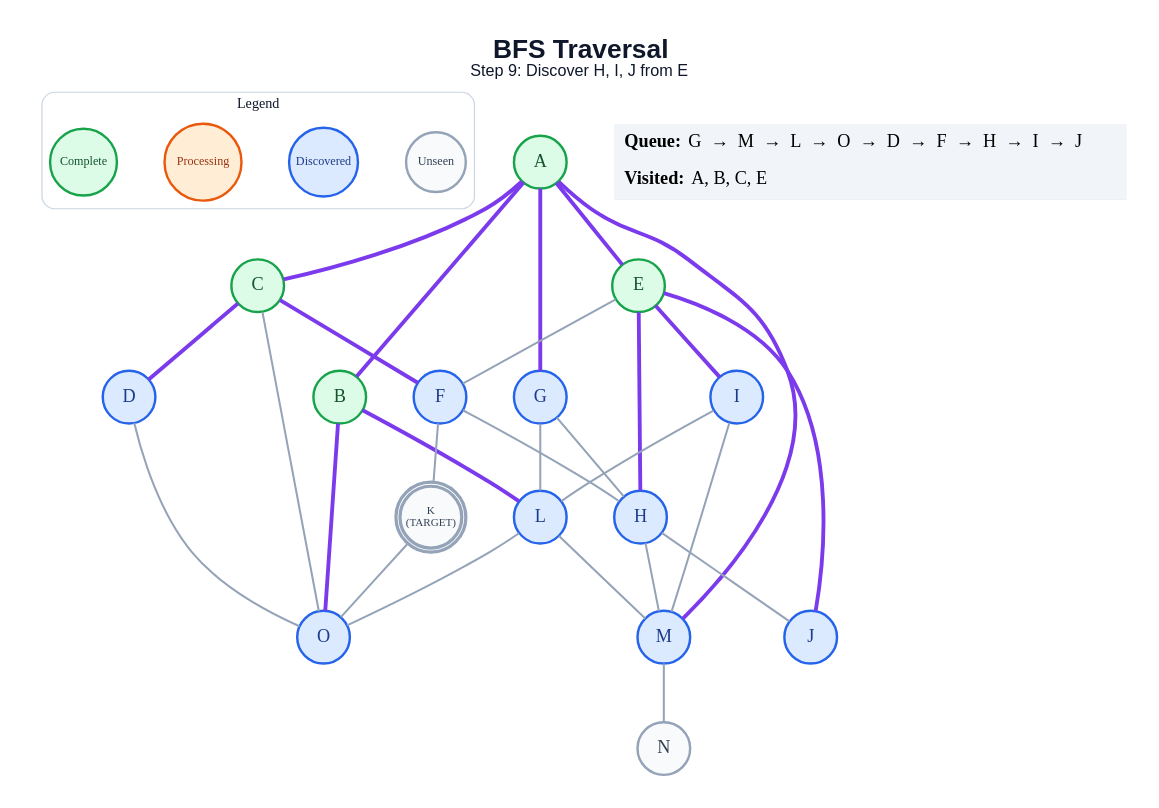
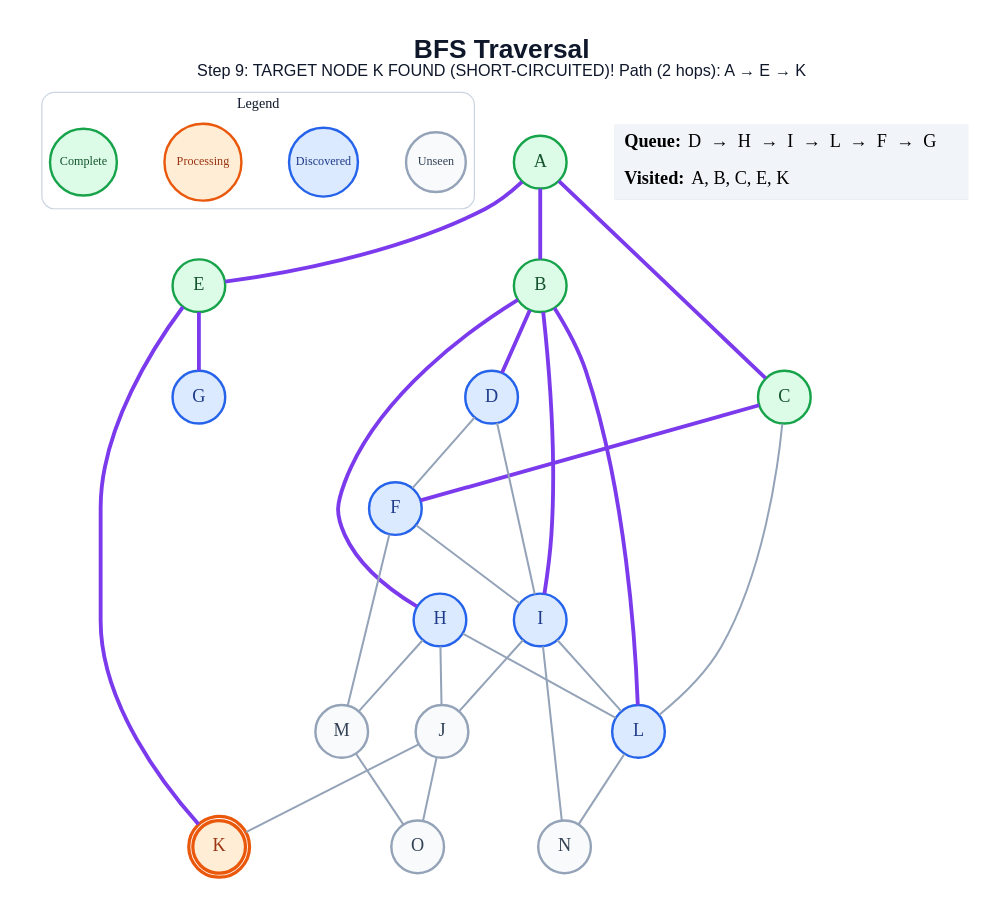
Before and after one commit to anon7238593-create/ai-slop: the diagram in generated/short-circuit/bfs/step_09.dot, drawn with Graphviz. The commit also changed 277 other files, not shown here.

```diff
--- a/generated/short-circuit/bfs/step_09.dot
+++ b/generated/short-circuit/bfs/step_09.dot
@@ -1,61 +1,59 @@
 graph traversal {
   graph [layout=dot, rankdir=TB, bgcolor="#FFFFFF", pad="0.35", nodesep="0.65", ranksep="0.8", fontname="Arial"];
   node [shape=circle, style="filled", fontname="Arial Bold", fontsize=18, width=0.72, fixedsize=true, penwidth=2.4];
   edge [color="#94A3B8", penwidth=2.0];
-  label=<<B>BFS Traversal</B><BR/><FONT POINT-SIZE="16">Step 9: Discover H, I, J from E</FONT>>; labelloc="t"; fontsize=26; fontname="Arial"; fontcolor="#0F172A";
+  label=<<B>BFS Traversal</B><BR/><FONT POINT-SIZE="16">Step 9: TARGET NODE K FOUND (SHORT-CIRCUITED)! Path (2 hops): A → E → K</FONT>>; labelloc="t"; fontsize=26; fontname="Arial"; fontcolor="#0F172A";
   subgraph cluster_legend { label="Legend"; color="#CBD5E1"; penwidth=1.2; style="rounded"; fontsize=14; fontname="Arial Bold";
     key_unseen [label="Unseen", fillcolor="#F8FAFC", color="#94A3B8", fontcolor="#334155", fontsize=12, width=0.82];
     key_frontier [label="Discovered", fillcolor="#DBEAFE", color="#2563EB", fontcolor="#1E3A8A", fontsize=12, width=0.95];
     key_current [label="Processing", fillcolor="#FFEDD5", color="#EA580C", fontcolor="#9A3412", fontsize=12, width=1.05];
     key_done [label="Complete", fillcolor="#DCFCE7", color="#16A34A", fontcolor="#14532D", fontsize=12, width=0.92];
     { rank=same; key_unseen; key_frontier; key_current; key_done; }
   }
   A [label="A", fillcolor="#DCFCE7", color="#16A34A", fontcolor="#14532D", peripheries=1, penwidth=2.4];
   B [label="B", fillcolor="#DCFCE7", color="#16A34A", fontcolor="#14532D", peripheries=1, penwidth=2.4];
   C [label="C", fillcolor="#DCFCE7", color="#16A34A", fontcolor="#14532D", peripheries=1, penwidth=2.4];
   D [label="D", fillcolor="#DBEAFE", color="#2563EB", fontcolor="#1E3A8A", peripheries=1, penwidth=2.4];
   E [label="E", fillcolor="#DCFCE7", color="#16A34A", fontcolor="#14532D", peripheries=1, penwidth=2.4];
   F [label="F", fillcolor="#DBEAFE", color="#2563EB", fontcolor="#1E3A8A", peripheries=1, penwidth=2.4];
   G [label="G", fillcolor="#DBEAFE", color="#2563EB", fontcolor="#1E3A8A", peripheries=1, penwidth=2.4];
   H [label="H", fillcolor="#DBEAFE", color="#2563EB", fontcolor="#1E3A8A", peripheries=1, penwidth=2.4];
   I [label="I", fillcolor="#DBEAFE", color="#2563EB", fontcolor="#1E3A8A", peripheries=1, penwidth=2.4];
-  J [label="J", fillcolor="#DBEAFE", color="#2563EB", fontcolor="#1E3A8A", peripheries=1, penwidth=2.4];
-  K [label="K\n(TARGET)", fillcolor="#F8FAFC", color="#94A3B8", fontcolor="#334155", peripheries=2, penwidth=3.2, fontsize=11, width=0.85, height=0.85];
+  J [label="J", fillcolor="#F8FAFC", color="#94A3B8", fontcolor="#334155", peripheries=1, penwidth=2.4];
+  K [label="K", fillcolor="#FFEDD5", color="#EA580C", fontcolor="#9A3412", peripheries=2, penwidth=3.2];
   L [label="L", fillcolor="#DBEAFE", color="#2563EB", fontcolor="#1E3A8A", peripheries=1, penwidth=2.4];
-  M [label="M", fillcolor="#DBEAFE", color="#2563EB", fontcolor="#1E3A8A", peripheries=1, penwidth=2.4];
+  M [label="M", fillcolor="#F8FAFC", color="#94A3B8", fontcolor="#334155", peripheries=1, penwidth=2.4];
   N [label="N", fillcolor="#F8FAFC", color="#94A3B8", fontcolor="#334155", peripheries=1, penwidth=2.4];
-  O [label="O", fillcolor="#DBEAFE", color="#2563EB", fontcolor="#1E3A8A", peripheries=1, penwidth=2.4];
+  O [label="O", fillcolor="#F8FAFC", color="#94A3B8", fontcolor="#334155", peripheries=1, penwidth=2.4];
   A -- B [color="#7C3AED", penwidth=3.8];
   A -- C [color="#7C3AED", penwidth=3.8];
   A -- E [color="#7C3AED", penwidth=3.8];
-  A -- G [color="#7C3AED", penwidth=3.8];
-  A -- M [color="#7C3AED", penwidth=3.8];
+  B -- D [color="#7C3AED", penwidth=3.8];
+  B -- H [color="#7C3AED", penwidth=3.8];
+  B -- I [color="#7C3AED", penwidth=3.8];
   B -- L [color="#7C3AED", penwidth=3.8];
-  B -- O [color="#7C3AED", penwidth=3.8];
-  C -- D [color="#7C3AED", penwidth=3.8];
   C -- F [color="#7C3AED", penwidth=3.8];
-  C -- O;
-  D -- O;
-  E -- F;
-  E -- H [color="#7C3AED", penwidth=3.8];
-  E -- I [color="#7C3AED", penwidth=3.8];
-  E -- J [color="#7C3AED", penwidth=3.8];
-  F -- H;
-  F -- K;
-  G -- H;
-  G -- L;
+  C -- L;
+  D -- F;
+  D -- I;
+  E -- G [color="#7C3AED", penwidth=3.8];
+  E -- K [color="#7C3AED", penwidth=3.8];
+  F -- I;
+  F -- M;
   H -- J;
+  H -- L;
   H -- M;
+  I -- J;
   I -- L;
-  I -- M;
-  K -- O;
-  L -- M;
-  L -- O;
-  M -- N;
+  I -- N;
+  J -- K;
+  J -- O;
+  L -- N;
+  M -- O;
   status [shape=plain, fixedsize=false, width=0, height=0, margin=0, label=<
     <TABLE BORDER="0" CELLBORDER="0" CELLPADDING="7" BGCOLOR="#F1F5F9">
-      <TR><TD ALIGN="LEFT"><B>Queue:</B> G  →  M  →  L  →  O  →  D  →  F  →  H  →  I  →  J</TD></TR>
-      <TR><TD ALIGN="LEFT"><B>Visited:</B> A, B, C, E</TD></TR>
+      <TR><TD ALIGN="LEFT"><B>Queue:</B> D  →  H  →  I  →  L  →  F  →  G</TD></TR>
+      <TR><TD ALIGN="LEFT"><B>Visited:</B> A, B, C, E, K</TD></TR>
     </TABLE>
   >];
 }
```
